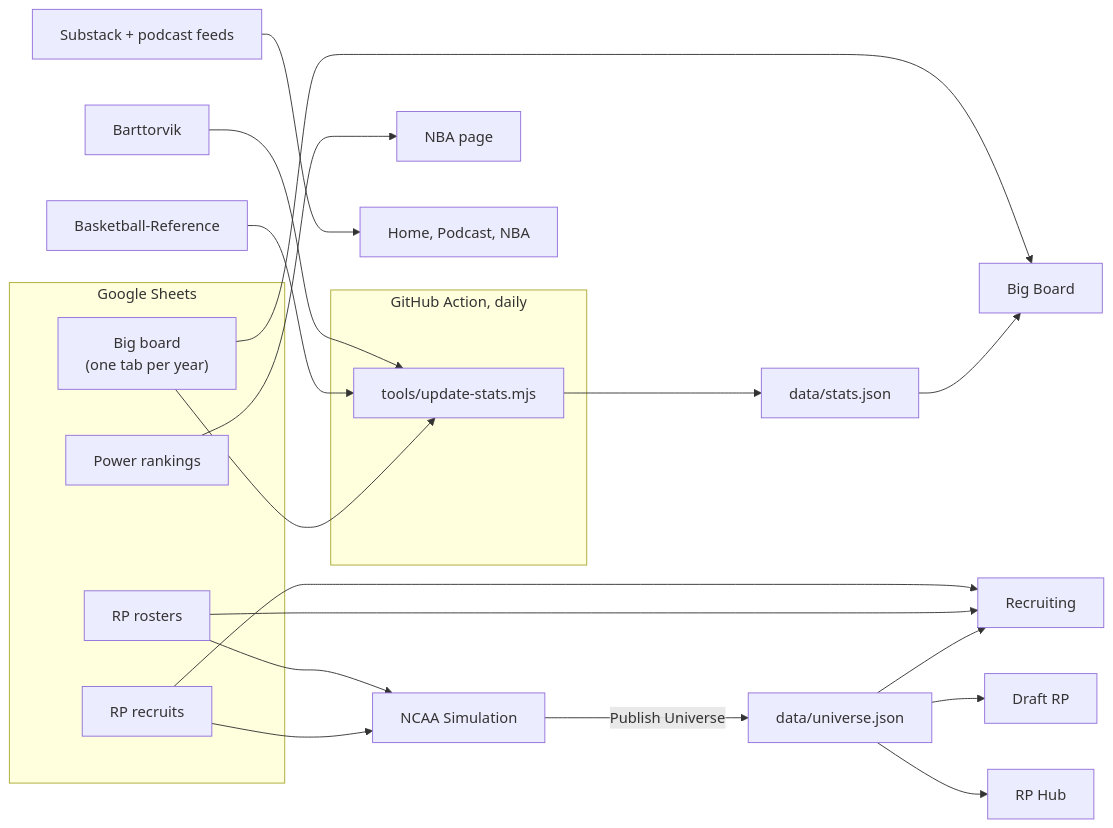
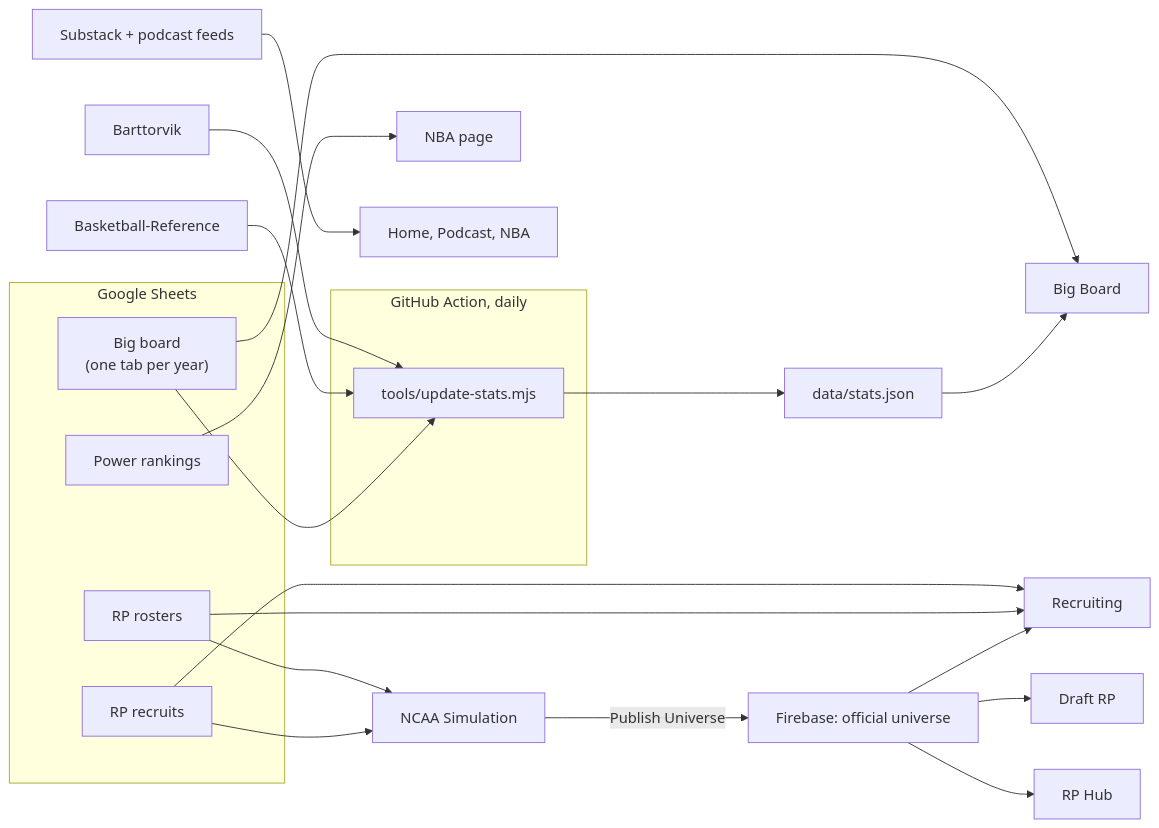
Before and after one commit to collinbutrlakorn/BYTHERIM: the diagram in README.md, drawn with Mermaid. The commit also changed other lines of this file and 56 other files, not shown here.

````diff
--- a/README.md
+++ b/README.md
@@ -23,30 +23,30 @@
 ```mermaid
 flowchart LR
   subgraph Sheets["Google Sheets"]
     board["Big board<br/>(one tab per year)"]
     rank["Power rankings"]
     roster["RP rosters"]
     recruits["RP recruits"]
   end
   subgraph Daily["GitHub Action, daily"]
     job["tools/update-stats.mjs"]
   end
   torvik["Barttorvik"] --> job
   bbref["Basketball-Reference"] --> job
   board --> job
   job --> stats["data/stats.json"]
 
   board --> bigboard["Big Board"]
   stats --> bigboard
   rank --> nba["NBA page"]
   substack["Substack + podcast feeds"] --> home["Home, Podcast, NBA"]
 
   roster --> sim["NCAA Simulation"]
   recruits --> sim
   recruits --> rec["Recruiting"]
   roster --> rec
-  sim -- "Publish Universe" --> universe["data/universe.json"]
+  sim -- "Publish Universe" --> universe["Firebase: official universe"]
   universe --> rec
   universe --> draftrp["Draft RP"]
   universe --> hub["RP Hub"]
 ```
````
